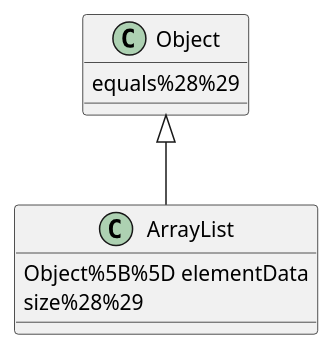
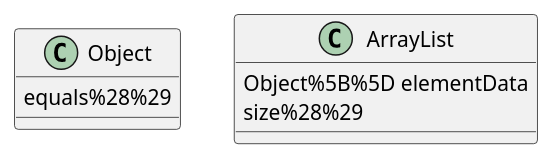
Before and after one commit to hakandilek/dilek.me: the first of 2 diagrams in _posts/2016-01-15-UML-diagrams-for-Jekyll.md, drawn with PlantUML.

```diff
--- a/_posts/2016-01-15-UML-diagrams-for-Jekyll.md
+++ b/_posts/2016-01-15-UML-diagrams-for-Jekyll.md
@@ -27,6 +27,5 @@
 @startuml;
-Object <|-- ArrayList
 Object : equals%28%29
 ArrayList : Object%5B%5D elementData
 ArrayList : size%28%29
 @enduml)
```
